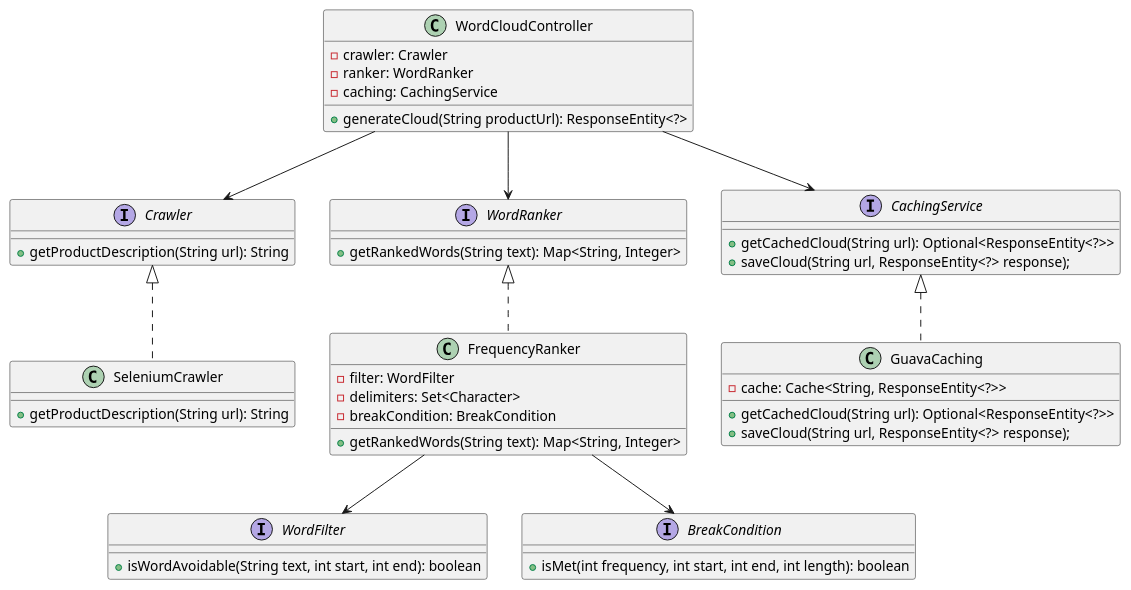
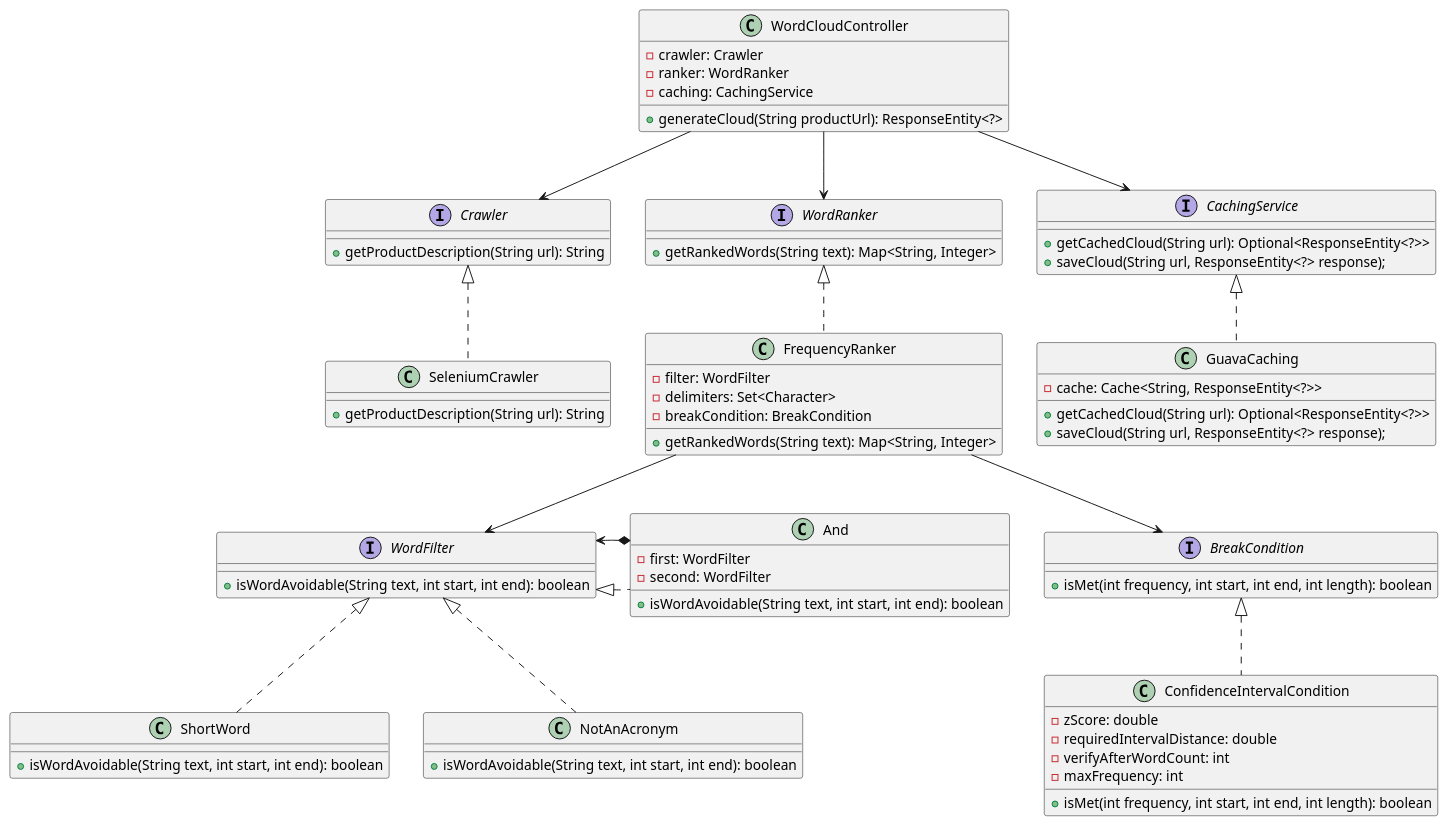
Before and after one commit to TomRolB/amazon-word-cloud: the diagram in diagrams/Class.puml, drawn with PlantUML. The commit also changed 15 other files, not shown here.

```diff
--- a/diagrams/Class.puml
+++ b/diagrams/Class.puml
@@ -1,51 +1,74 @@
 @startuml
 'https://plantuml.com/class-diagram
 
 class WordCloudController {
     - crawler: Crawler
     - ranker: WordRanker
     - caching: CachingService
     + generateCloud(String productUrl): ResponseEntity<?>
 }
 
 interface Crawler {
     + getProductDescription(String url): String
 }
 interface WordRanker {
     + getRankedWords(String text): Map<String, Integer>
 }
 interface WordFilter {
     + isWordAvoidable(String text, int start, int end): boolean
 }
 interface BreakCondition {
     + isMet(int frequency, int start, int end, int length): boolean
 }
 interface CachingService {
     + getCachedCloud(String url): Optional<ResponseEntity<?>>
     + saveCloud(String url, ResponseEntity<?> response);
 }
 
 class FrequencyRanker implements WordRanker {
     - filter: WordFilter
     - delimiters: Set<Character>
     - breakCondition: BreakCondition
     + getRankedWords(String text): Map<String, Integer>
 }
 
 class GuavaCaching implements CachingService {
     - cache: Cache<String, ResponseEntity<?>>
     + getCachedCloud(String url): Optional<ResponseEntity<?>>
     + saveCloud(String url, ResponseEntity<?> response);
 }
 
 class SeleniumCrawler implements Crawler {
     + getProductDescription(String url): String
 }
 
+class ConfidenceIntervalCondition implements BreakCondition {
+    - zScore: double
+    - requiredIntervalDistance: double
+    - verifyAfterWordCount: int
+    - maxFrequency: int
+    + isMet(int frequency, int start, int end, int length): boolean
+}
+
+class And implements WordFilter {
+    - first: WordFilter
+    - second: WordFilter
+    + isWordAvoidable(String text, int start, int end): boolean
+}
+
+class ShortWord implements WordFilter {
+    + isWordAvoidable(String text, int start, int end): boolean
+}
+
+class NotAnAcronym implements WordFilter {
+    + isWordAvoidable(String text, int start, int end): boolean
+}
+
 WordCloudController --> Crawler
 WordCloudController --> WordRanker
 WordCloudController --> CachingService
 FrequencyRanker --> WordFilter
 FrequencyRanker --> BreakCondition
+And *-> WordFilter
 
 @enduml
```
